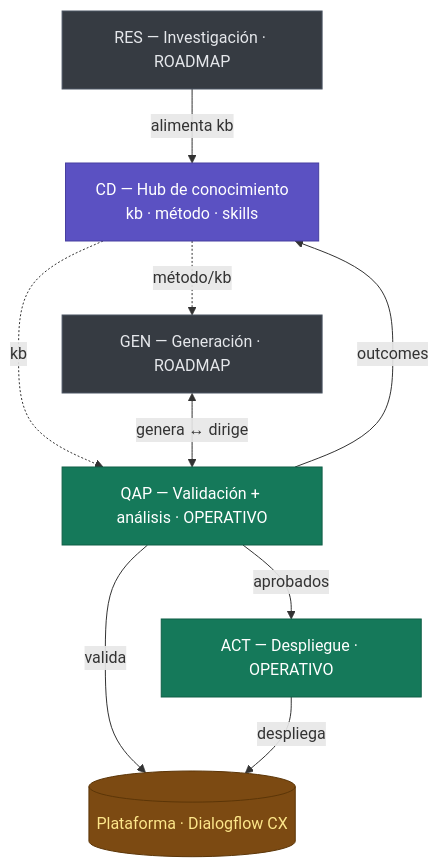
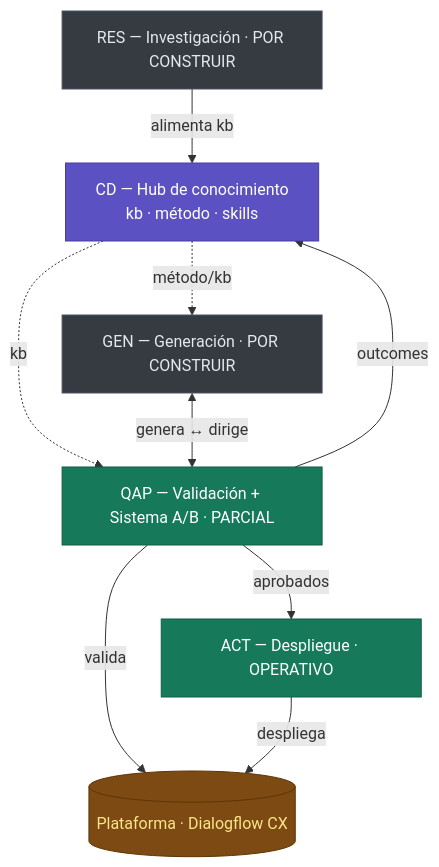
The diagram in SISTEMA.md (jeronimosanchez/CD), drawn with Mermaid before and after one commit. The commit also changed other lines of this file and 1 other file, not shown here.

First line of the commit message:
docs(sistema): actualiza estados y entradas — QAP parcial, GEN/RES por construir

````diff
--- a/SISTEMA.md
+++ b/SISTEMA.md
@@ -35,27 +33,27 @@
 ```mermaid
 graph TD
     CD["CD — Hub de conocimiento<br/>kb · método · skills"]
-    GEN["GEN — Generación · ROADMAP"]
-    QAP["QAP — Validación + análisis · OPERATIVO"]
+    GEN["GEN — Generación · POR CONSTRUIR"]
+    QAP["QAP — Validación + Sistema A/B · PARCIAL"]
     ACT["ACT — Despliegue · OPERATIVO"]
-    RES["RES — Investigación · ROADMAP"]
+    RES["RES — Investigación · POR CONSTRUIR"]
     PLAT[("Plataforma · Dialogflow CX")]
 
     CD -. método/kb .-> GEN
     CD -. kb .-> QAP
     GEN <-->|genera ↔ dirige| QAP
     QAP -->|aprobados| ACT
     QAP -->|valida| PLAT
     ACT -->|despliega| PLAT
     QAP -->|outcomes| CD
     RES -->|alimenta kb| CD
 
     classDef op fill:#15795a,stroke:#0f5e46,color:#ffffff
     classDef rm fill:#363b42,stroke:#4b5563,color:#e5e7eb
     classDef hub fill:#5b51c2,stroke:#473fa0,color:#ffffff
     classDef plat fill:#7c4a12,stroke:#5c3608,color:#fde68a
     class QAP,ACT op
     class GEN,RES rm
     class CD hub
     class PLAT plat
 ```
````
